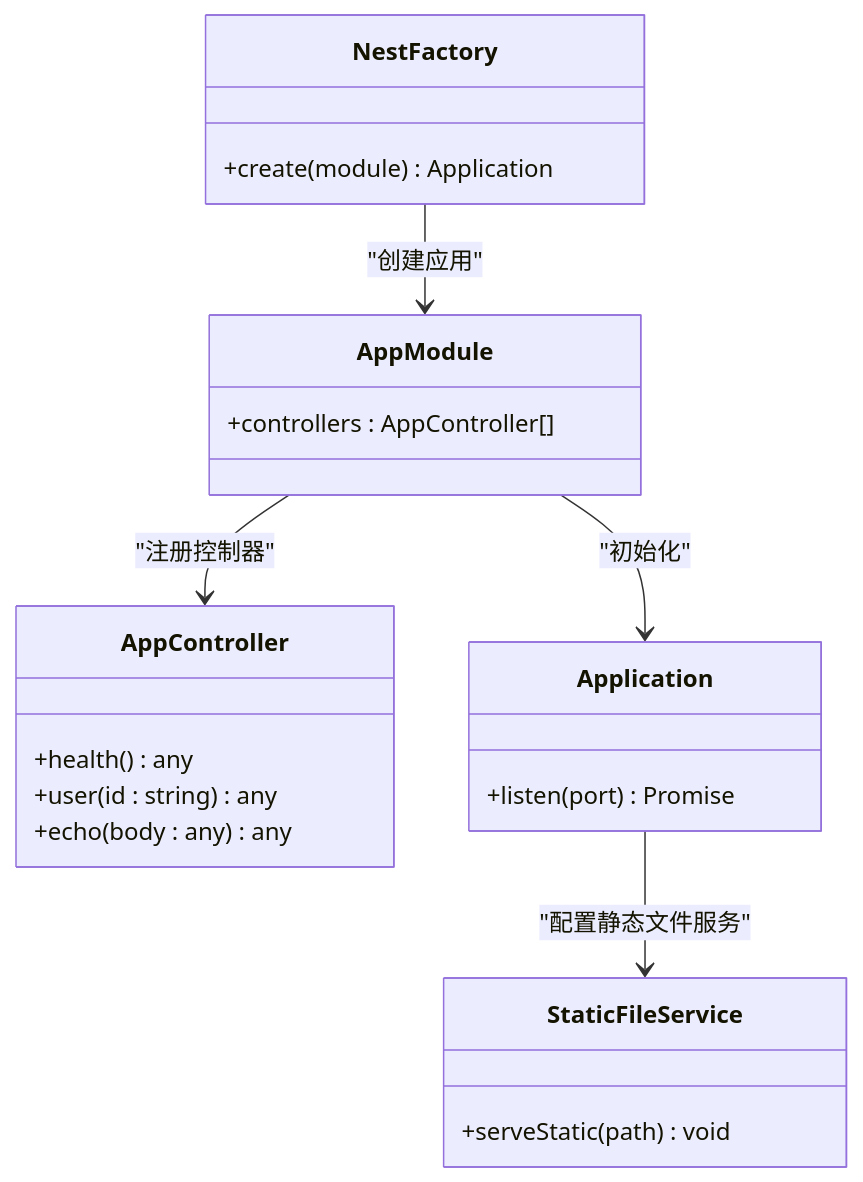
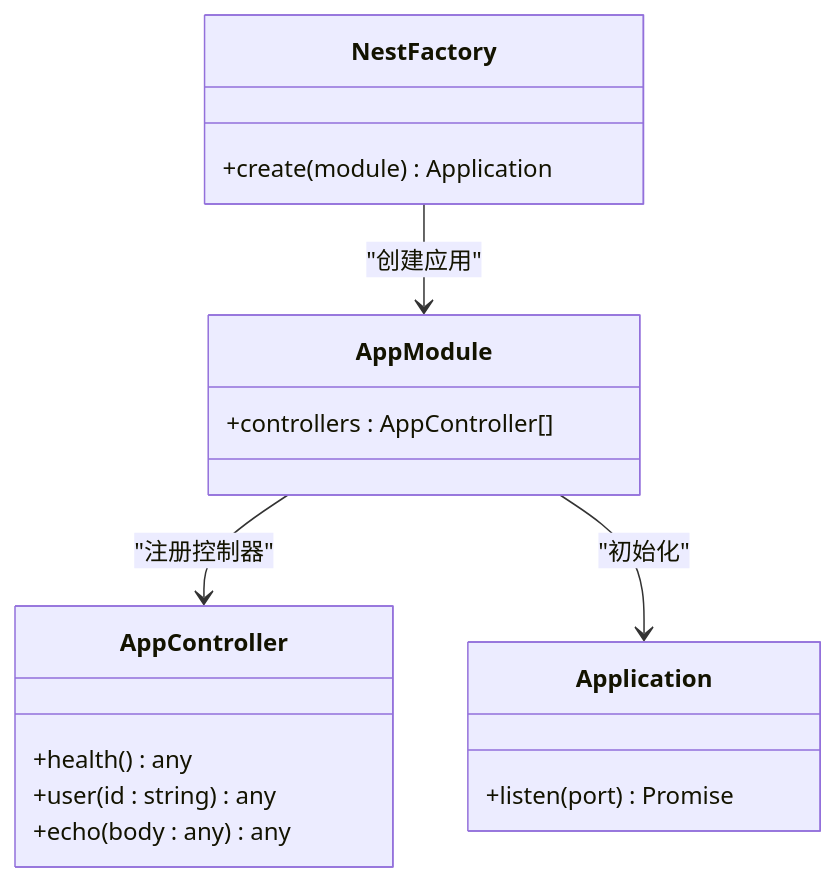
The fifth of 7 diagrams in .qoder/repowiki/zh/content/后端框架测试/Koa、Hono、NestJS框架测试.md (esa-sp/test-for-aone-ci), drawn with Mermaid before and after one commit. The commit also changed other lines of this file and 39 other files, not shown here.

````diff
--- a/.qoder/repowiki/zh/content/后端框架测试/Koa、Hono、NestJS框架测试.md
+++ b/.qoder/repowiki/zh/content/后端框架测试/Koa、Hono、NestJS框架测试.md
@@ -315,24 +321,20 @@
 ```mermaid
 classDiagram
 class AppModule {
 +controllers : AppController[]
 }
 class AppController {
 +health() any
 +user(id : string) any
 +echo(body : any) any
 }
 class NestFactory {
 +create(module) Application
 }
 class Application {
 +listen(port) Promise<void>
 }
-class StaticFileService {
-+serveStatic(path) void
-}
 AppModule --> AppController : "注册控制器"
 NestFactory --> AppModule : "创建应用"
 AppModule --> Application : "初始化"
-Application --> StaticFileService : "配置静态文件服务"
 ```
````
